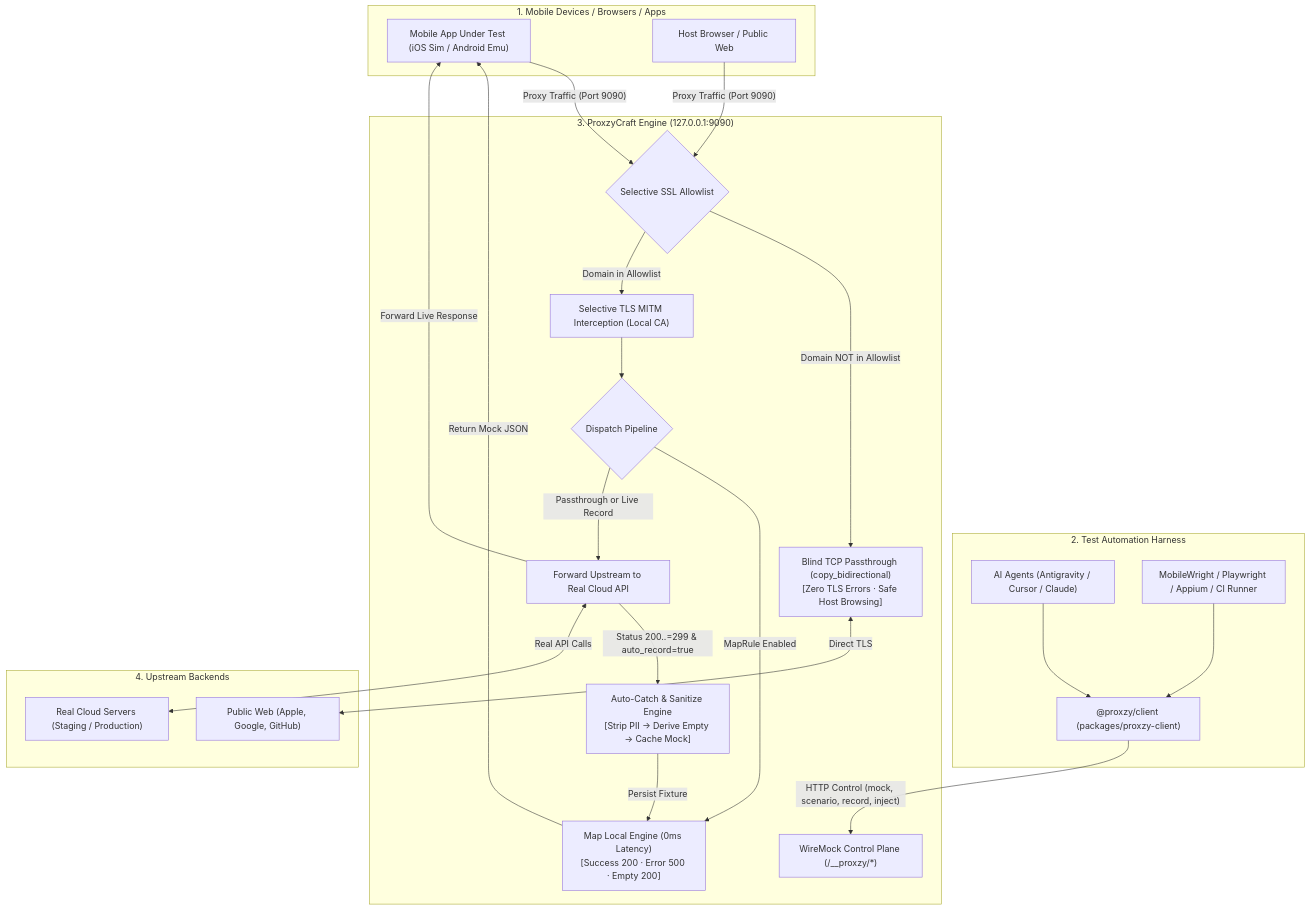
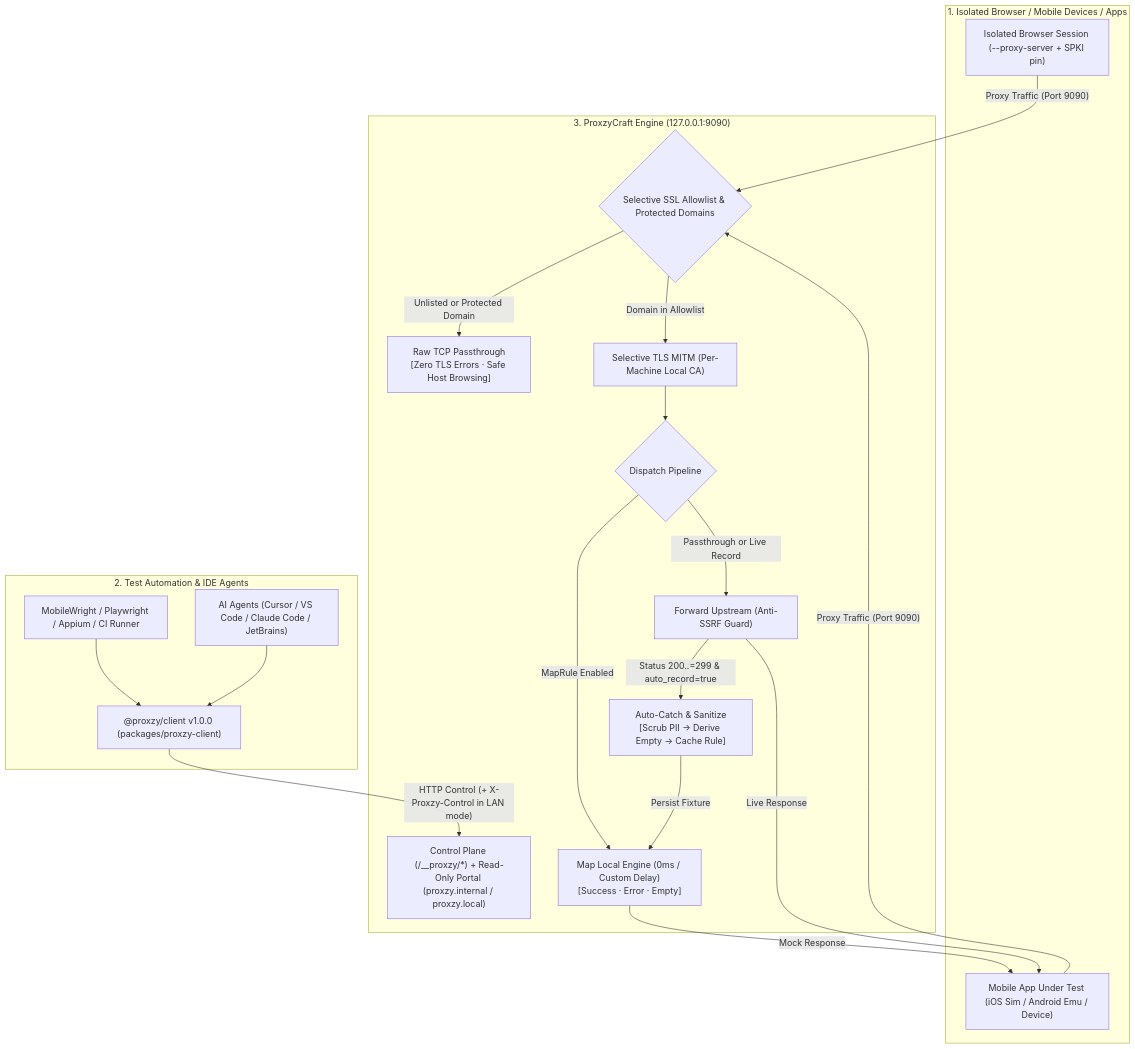
One commit to JARNBOY/ProxzyCraft changed the diagram in README.md. Above: the diagram before and after it, drawn with Mermaid. The commit also changed other lines of this file and 7 other files, not shown here.

````diff
--- a/README.md
+++ b/README.md
@@ -35,41 +49,36 @@
 ```mermaid
 flowchart TD
-    subgraph Clients["1. Mobile Devices / Browsers / Apps"]
-        AUT["Mobile App Under Test (iOS Sim / Android Emu)"]
-        Browser["Host Browser / Public Web"]
+    subgraph Clients["1. Isolated Browser / Mobile Devices / Apps"]
+        Browser["Isolated Browser Session (--proxy-server + SPKI pin)"]
+        AUT["Mobile App Under Test (iOS Sim / Android Emu / Device)"]
     end
 
-    subgraph Harness["2. Test Automation Harness"]
-        AI["AI Agents (Antigravity / Cursor / Claude)"]
+    subgraph Harness["2. Test Automation & IDE Agents"]
+        AI["AI Agents (Cursor / VS Code / Claude Code / JetBrains)"]
         TestRunner["MobileWright / Playwright / Appium / CI Runner"]
-        ClientSDK["@proxzy/client (packages/proxzy-client)"]
+        ClientSDK["@proxzy/client v1.0.0 (packages/proxzy-client)"]
         TestRunner --> ClientSDK
         AI --> ClientSDK
     end
 
     subgraph ProxzyEngine["3. ProxzyCraft Engine (127.0.0.1:9090)"]
-        ControlPlane["WireMock Control Plane (/__proxzy/*)"]
-        ClientSDK -->|"HTTP Control (mock, scenario, record, inject)"| ControlPlane
-        
-        Router{"Selective SSL Allowlist"}
+        ControlPlane["Control Plane (/__proxzy/*) + Read-Only Portal (proxzy.internal / proxzy.local)"]
+        ClientSDK -->|"HTTP Control (+ X-Proxzy-Control in LAN mode)"| ControlPlane
+
+        Router{"Selective SSL Allowlist & Protected Domains"}
         AUT -->|"Proxy Traffic (Port 9090)"| Router
         Browser -->|"Proxy Traffic (Port 9090)"| Router
 
-        Router -->|"Domain NOT in Allowlist"| BlindPass["Blind TCP Passthrough (copy_bidirectional)\n[Zero TLS Errors &middot; Safe Host Browsing]"]
-        Router -->|"Domain in Allowlist"| MITM["Selective TLS MITM Interception (Local CA)"]
+        Router -->|"Unlisted or Protected Domain"| BlindPass["Raw TCP Passthrough\n[Zero TLS Errors · Safe Host Browsing]"]
+        Router -->|"Domain in Allowlist"| MITM["Selective TLS MITM (Per-Machine Local CA)"]
 
         MITM --> Dispatch{"Dispatch Pipeline"}
-        Dispatch -->|"MapRule Enabled"| MockEngine["Map Local Engine (0ms Latency)\n[Success 200 &middot; Error 500 &middot; Empty 200]"]
-        Dispatch -->|"Passthrough or Live Record"| Forwarder["Forward Upstream to Real Cloud API"]
+        Dispatch -->|"MapRule Enabled"| MockEngine["Map Local Engine (0ms / Custom Delay)\n[Success · Error · Empty]"]
+        Dispatch -->|"Passthrough or Live Record"| Forwarder["Forward Upstream (Anti-SSRF Guard)"]
 
-        Forwarder -->|"Status 200..=299 & auto_record=true"| AutoCatch["Auto-Catch & Sanitize Engine\n[Strip PII &rarr; Derive Empty &rarr; Cache Mock]"]
+        Forwarder -->|"Status 200..=299 & auto_record=true"| AutoCatch["Auto-Catch & Sanitize\n[Scrub PII -> Derive Empty -> Cache Rule]"]
         AutoCatch -->|"Persist Fixture"| MockEngine
-        MockEngine -->|"Return Mock JSON"| AUT
-        Forwarder -->|"Forward Live Response"| AUT
-    end
-
-    subgraph Upstream["4. Upstream Backends"]
-        BlindPass <-->|"Direct TLS"| Web["Public Web (Apple, Google, GitHub)"]
-        Forwarder <-->|"Real API Calls"| RealAPI["Real Cloud Servers (Staging / Production)"]
+        MockEngine -->|"Mock Response"| AUT
+        Forwarder -->|"Live Response"| AUT
     end
 ```
````
